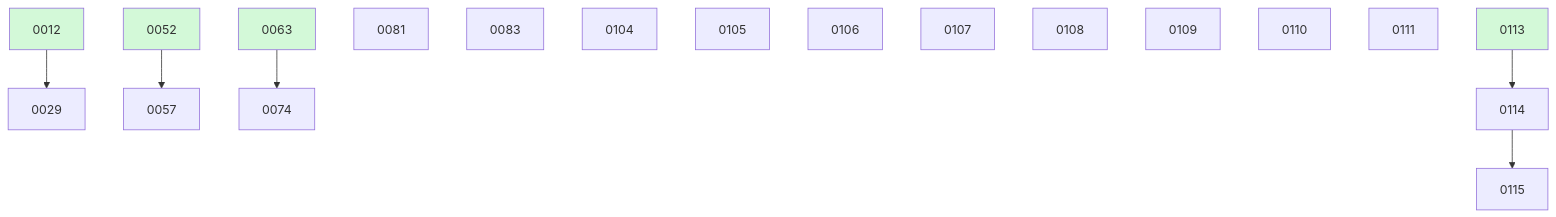
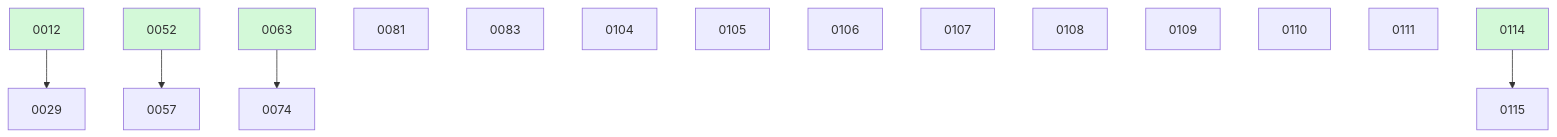
One commit to ethanhinson/fuse changed the diagram in docs/changes/BOARD.md. Above: the diagram before and after it, drawn with Mermaid. The commit also changed other lines of this file and 4 other files, not shown here.

````diff
--- a/docs/changes/BOARD.md
+++ b/docs/changes/BOARD.md
@@ -40,23 +39,22 @@
 ```mermaid
 graph TD
   0012 --> 0029
   0052 --> 0057
   0063 --> 0074
   0081
   0083
   0104
   0105
   0106
   0107
   0108
   0109
   0110
   0111
-  0113 --> 0114
   0114 --> 0115
   0012:::done
   0052:::done
   0063:::done
-  0113:::done
+  0114:::done
   classDef done fill:#d3f9d8;
 ```
````
